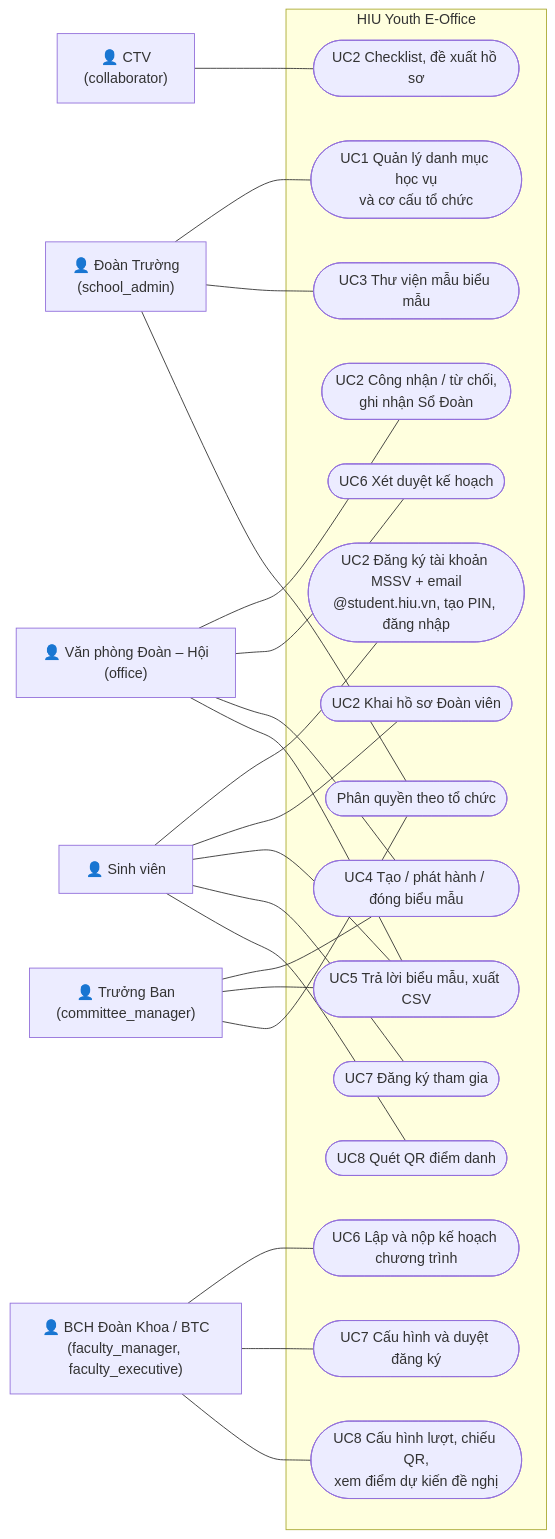
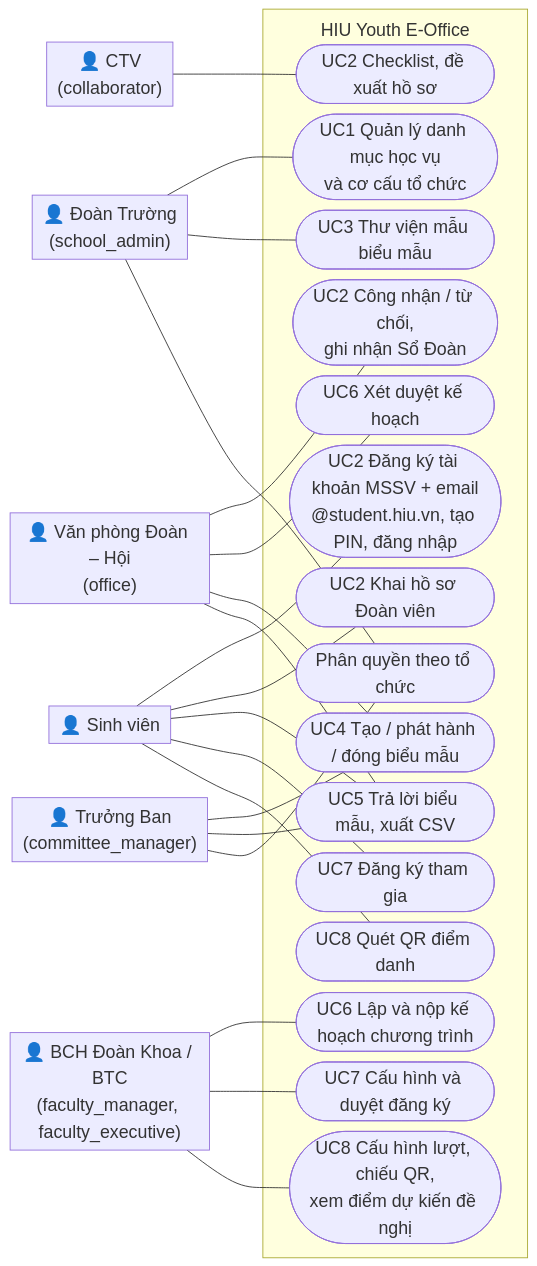
One commit to HoangntDev/eoffice-hiu changed the first of 6 diagrams in docs/TH1/BaoCao_TH1.md. Above: the diagram before and after it, drawn with Mermaid. The commit also changed other lines of this file and 19 other files, not shown here.

````diff
--- a/docs/TH1/BaoCao_TH1.md
+++ b/docs/TH1/BaoCao_TH1.md
@@ -166,34 +192,46 @@
 ```mermaid
+---
+config:
+  themeVariables:
+    fontSize: "20px"
+  flowchart:
+    nodeSpacing: 12
+    rankSpacing: 60
+    padding: 6
+    subGraphTitleMargin:
+      top: 8
+      bottom: 16
+---
 flowchart LR
   SV["👤 Sinh viên"]
   BTC["👤 BCH Đoàn Khoa / BTC<br/>(faculty_manager, faculty_executive)"]
   CTV["👤 CTV<br/>(collaborator)"]
   VP["👤 Văn phòng Đoàn – Hội<br/>(office)"]
   DT["👤 Đoàn Trường<br/>(school_admin)"]
   BAN["👤 Trưởng Ban<br/>(committee_manager)"]
 
   subgraph EO["HIU Youth E-Office"]
     U1(["UC1 Quản lý danh mục học vụ<br/>và cơ cấu tổ chức"])
     U2a(["UC2 Đăng ký tài khoản MSSV + email<br/>@student.hiu.vn, tạo PIN, đăng nhập"])
     U2b(["UC2 Khai hồ sơ Đoàn viên"])
     U2c(["UC2 Checklist, đề xuất hồ sơ"])
     U2d(["UC2 Công nhận / từ chối,<br/>ghi nhận Sổ Đoàn"])
     U3(["UC3 Thư viện mẫu biểu mẫu"])
     U4(["UC4 Tạo / phát hành / đóng biểu mẫu"])
     U5(["UC5 Trả lời biểu mẫu, xuất CSV"])
     U6a(["UC6 Lập và nộp kế hoạch chương trình"])
     U6b(["UC6 Xét duyệt kế hoạch"])
     U7a(["UC7 Cấu hình và duyệt đăng ký"])
     U7b(["UC7 Đăng ký tham gia"])
     U8a(["UC8 Cấu hình lượt, chiếu QR,<br/>xem điểm dự kiến đề nghị"])
     U8b(["UC8 Quét QR điểm danh"])
     UP(["Phân quyền theo tổ chức"])
   end
 
   SV --- U2a & U2b & U5 & U7b & U8b
   BTC --- U6a & U7a & U8a
   CTV --- U2c
   VP --- U2d & U6b & U4 & U5
   DT --- U1 & U3 & UP
   BAN --- U4 & U5 & UP
 ```
````
